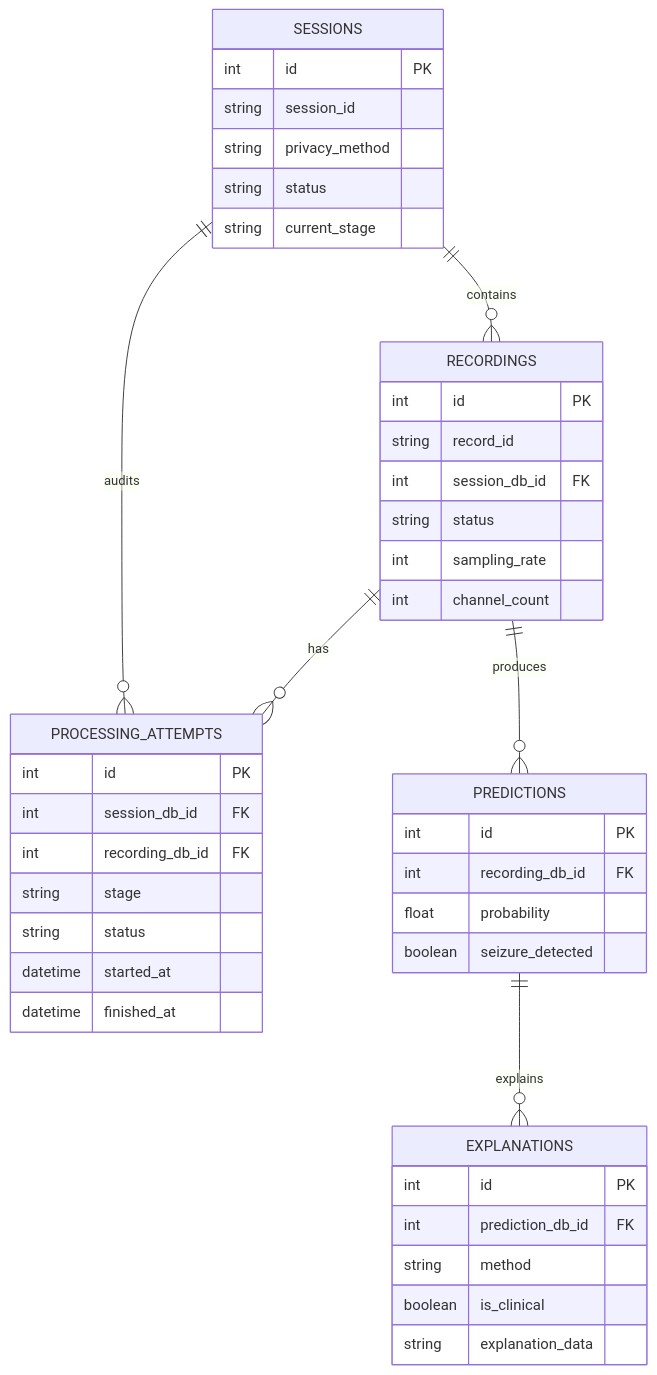
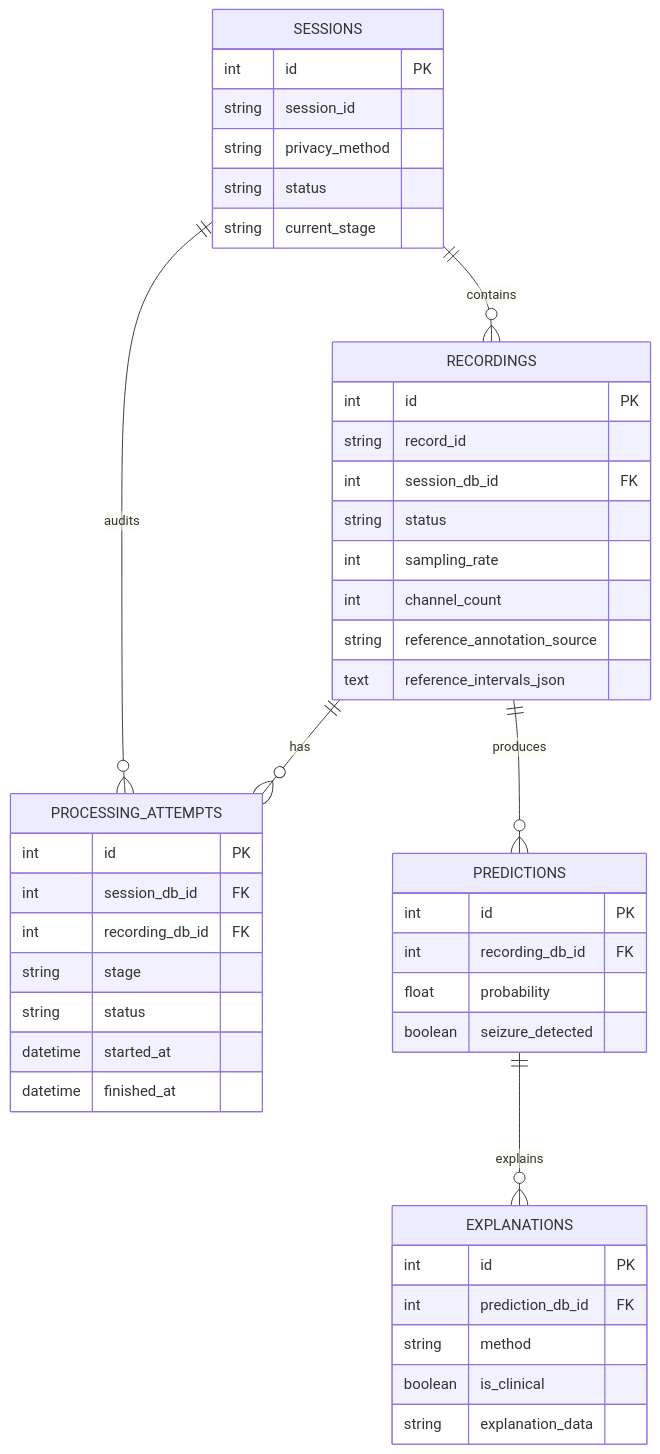
Before and after one commit to 4ffaad/FYP-MDS01: the fifth of 5 diagrams in docs/backend.md, drawn with Mermaid. The commit also changed other lines of this file and 34 other files, not shown here.

````diff
--- a/docs/backend.md
+++ b/docs/backend.md
@@ -110,46 +120,48 @@
 ```mermaid
 erDiagram
     SESSIONS ||--o{ RECORDINGS : contains
     SESSIONS ||--o{ PROCESSING_ATTEMPTS : audits
     RECORDINGS ||--o{ PROCESSING_ATTEMPTS : has
     RECORDINGS ||--o{ PREDICTIONS : produces
     PREDICTIONS ||--o{ EXPLANATIONS : explains
 
     SESSIONS {
         int id PK
         string session_id
         string privacy_method
         string status
         string current_stage
     }
     RECORDINGS {
         int id PK
         string record_id
         int session_db_id FK
         string status
         int sampling_rate
         int channel_count
+        string reference_annotation_source
+        text reference_intervals_json
     }
     PROCESSING_ATTEMPTS {
         int id PK
         int session_db_id FK
         int recording_db_id FK
         string stage
         string status
         datetime started_at
         datetime finished_at
     }
     PREDICTIONS {
         int id PK
         int recording_db_id FK
         float probability
         boolean seizure_detected
     }
     EXPLANATIONS {
         int id PK
         int prediction_db_id FK
         string method
         boolean is_clinical
         string explanation_data
     }
 ```
````
